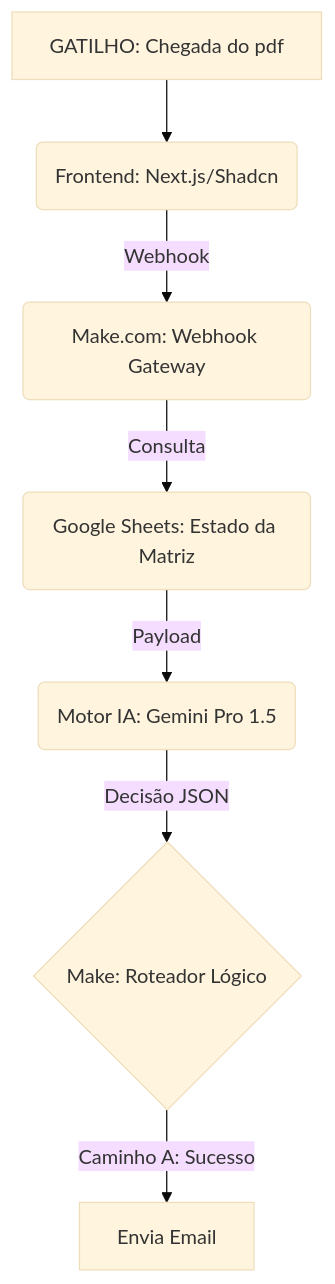
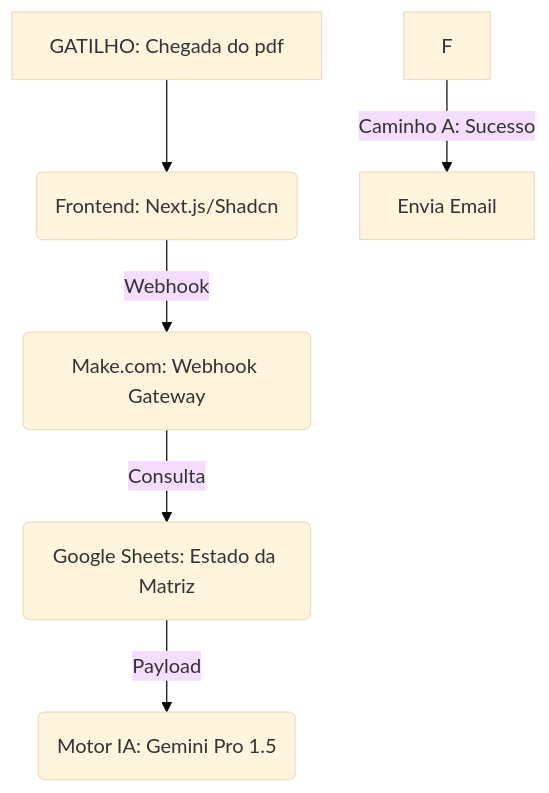
Before and after one commit to joaosilvateixeira33/shipyard-sync-flow: the diagram in README.md, drawn with Mermaid (base theme).

````diff
--- a/README.md
+++ b/README.md
@@ -25,10 +25,9 @@
 ```mermaid
 graph TD
     A[GATILHO: Chegada do pdf] --> B(Frontend: Next.js/Shadcn)
     B -->|Webhook| C(Make.com: Webhook Gateway)
     C -->|Consulta| D(Google Sheets: Estado da Matriz)
     D -->|Payload| E(Motor IA: Gemini Pro 1.5)
-    E -->|Decisão JSON| F{Make: Roteador Lógico}
     F -->|Caminho A: Sucesso| G[Envia Email]
 
 ```
````
